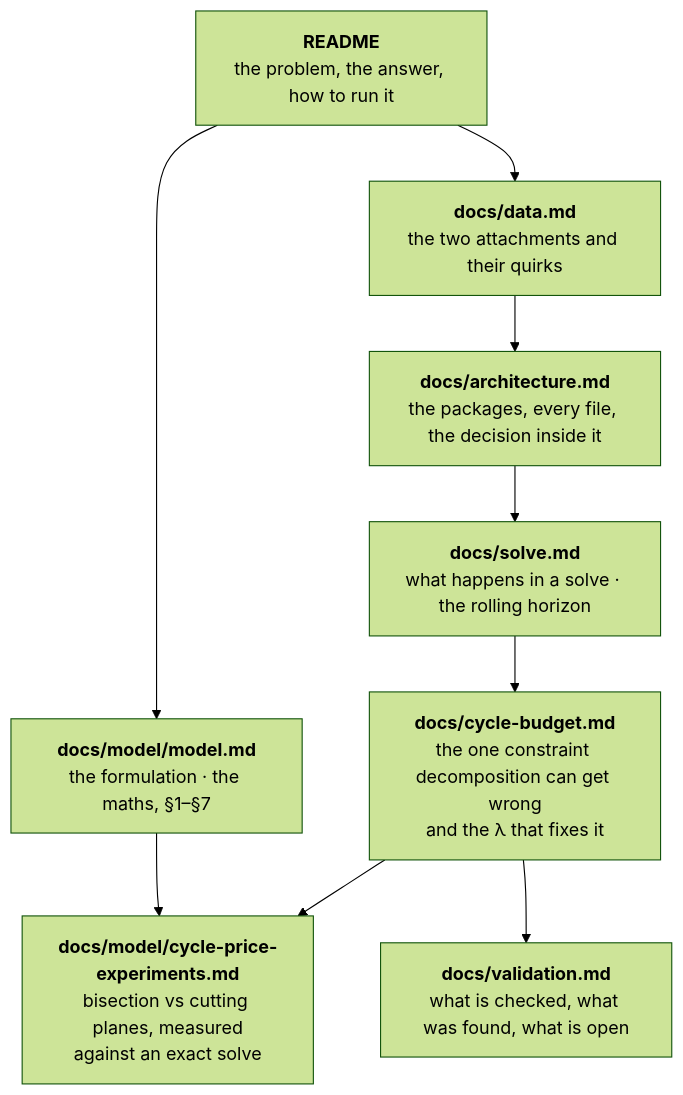
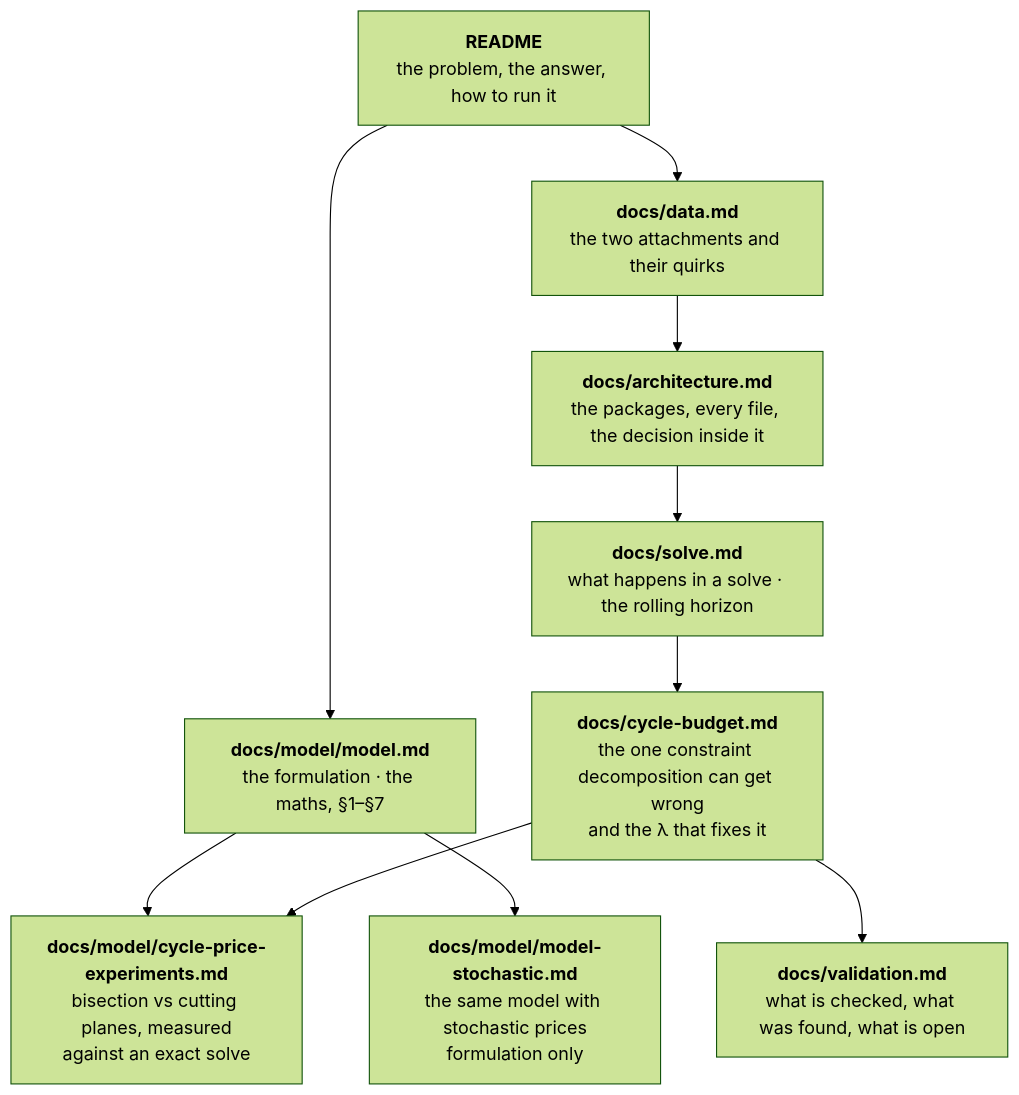
The second of 2 diagrams in README.md (GuilhermePFM/BatteryCase), drawn with Mermaid (forest theme) before and after one commit. The commit also changed other lines of this file and 11 other files, not shown here.

````diff
--- a/README.md
+++ b/README.md
@@ -105,16 +106,18 @@
 ```mermaid
 flowchart TD
     R["<b>README</b><br/>the problem, the answer, how to run it"]
     M["<b>docs/model/model.md</b><br/>the formulation · the maths, §1–§7"]
     D["<b>docs/data.md</b><br/>the two attachments and their quirks"]
     A["<b>docs/architecture.md</b><br/>the packages, every file, the decision inside it"]
     S["<b>docs/solve.md</b><br/>what happens in a solve · the rolling horizon"]
     C["<b>docs/cycle-budget.md</b><br/>the one constraint decomposition can get wrong<br/>and the λ that fixes it"]
     X["<b>docs/model/cycle-price-experiments.md</b><br/>bisection vs cutting planes, measured<br/>against an exact solve"]
+    ST["<b>docs/model/model-stochastic.md</b><br/>the same model with stochastic prices<br/>formulation only"]
     V["<b>docs/validation.md</b><br/>what is checked, what was found, what is open"]
 
     R --> M
     R --> D --> A --> S --> C --> V
     M --> X
     C --> X
+    M --> ST
 ```
````
